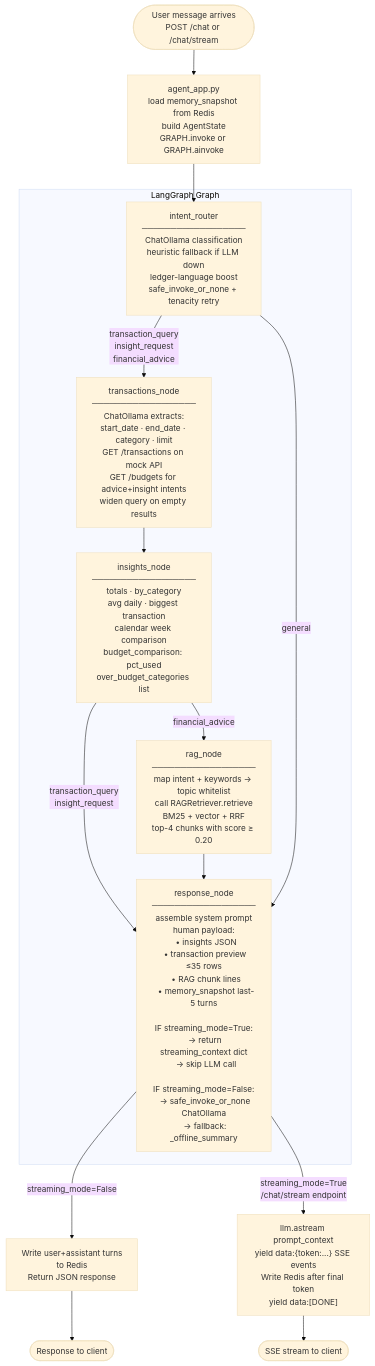
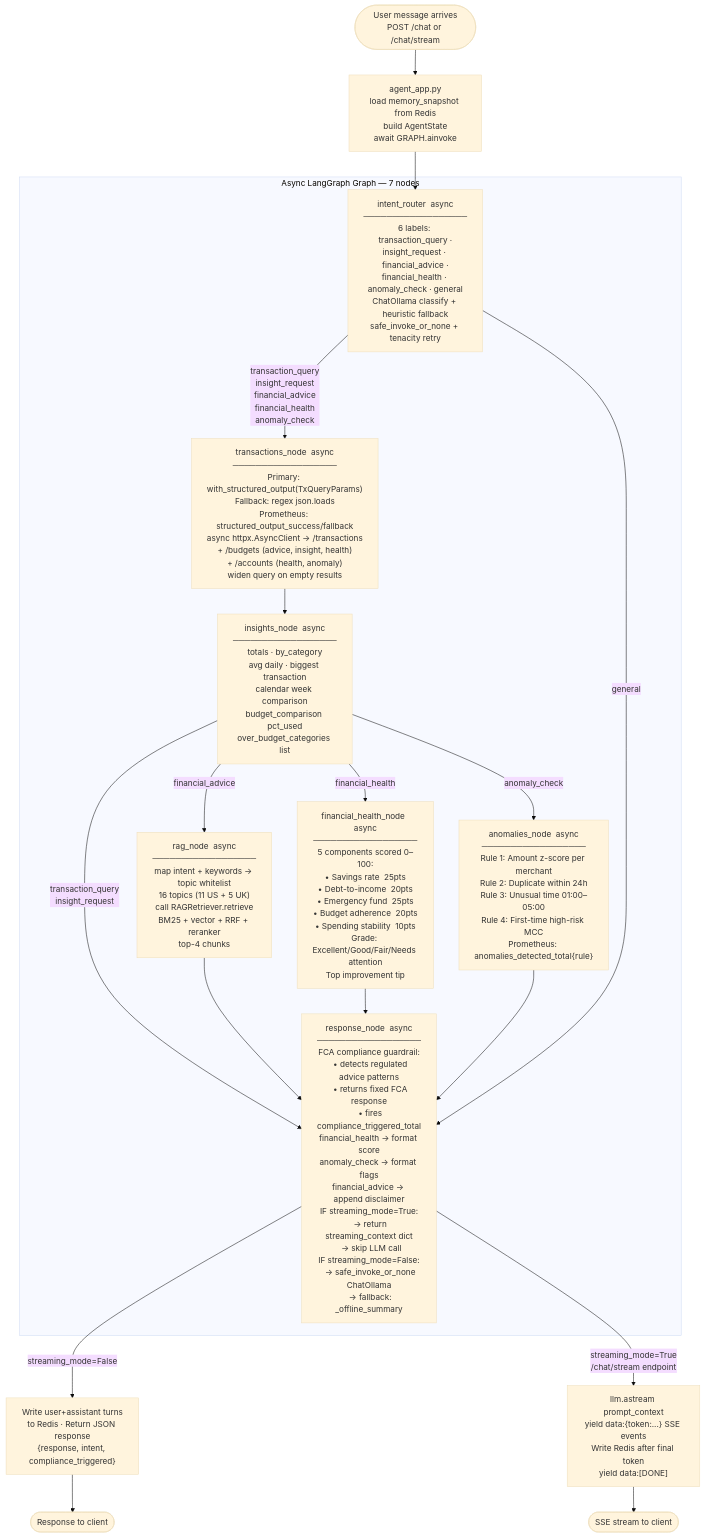
The second of 10 diagrams in finance-assistant/PROJECT_OVERVIEW.md (HumzaAwan/finance-assistant), drawn with Mermaid (base theme) before and after one commit. The commit also changed other lines of this file and 32 other files, not shown here.

Commit message:
FCA Compliance

````diff
--- a/finance-assistant/PROJECT_OVERVIEW.md
+++ b/finance-assistant/PROJECT_OVERVIEW.md
@@ -52,38 +58,46 @@
 ```mermaid
 flowchart TD
     START([User message arrives\nPOST /chat or /chat/stream]) --> SNAP
 
-    SNAP["agent_app.py\nload memory_snapshot from Redis\nbuild AgentState\nGRAPH.invoke or GRAPH.ainvoke"]
+    SNAP["agent_app.py\nload memory_snapshot from Redis\nbuild AgentState\nawait GRAPH.ainvoke"]
 
     SNAP --> IR
 
-    subgraph Graph["LangGraph Graph"]
-        IR["intent_router\n──────────────────\nChatOllama classification\nheuristic fallback if LLM down\nledger-language boost\nsafe_invoke_or_none + tenacity retry"]
+    subgraph Graph["Async LangGraph Graph — 7 nodes"]
+        IR["intent_router  async\n──────────────────\n6 labels: transaction_query ·\ninsight_request · financial_advice ·\nfinancial_health · anomaly_check · general\nChatOllama classify + heuristic fallback\nsafe_invoke_or_none + tenacity retry"]
 
-        IR -->|"transaction_query\ninsight_request\nfinancial_advice"| TN
+        IR -->|"transaction_query\ninsight_request\nfinancial_advice\nfinancial_health\nanomaly_check"| TN
 
-        TN["transactions_node\n──────────────────\nChatOllama extracts:\nstart_date · end_date · category · limit\nGET /transactions on mock API\nGET /budgets for advice+insight intents\nwiden query on empty results"]
+        TN["transactions_node  async\n──────────────────\nPrimary: with_structured_output(TxQueryParams)\nFallback: regex json.loads\nPrometheus: structured_output_success/fallback\nasync httpx.AsyncClient → /transactions\n+ /budgets (advice, insight, health)\n+ /accounts (health, anomaly)\nwiden query on empty results"]
 
         TN --> IN
 
-        IN["insights_node\n──────────────────\ntotals · by_category\navg daily · biggest transaction\ncalendar week comparison\nbudget_comparison: pct_used\nover_budget_categories list"]
+        IN["insights_node  async\n──────────────────\ntotals · by_category\navg daily · biggest transaction\ncalendar week comparison\nbudget_comparison pct_used\nover_budget_categories list"]
 
         IN -->|"financial_advice"| RN
+        IN -->|"financial_health"| FH
+        IN -->|"anomaly_check"| AN
         IN -->|"transaction_query\ninsight_request"| RES
 
-        RN["rag_node\n──────────────────\nmap intent + keywords → topic whitelist\ncall RAGRetriever.retrieve\nBM25 + vector + RRF\ntop-4 chunks with score ≥ 0.20"]
+        RN["rag_node  async\n──────────────────\nmap intent + keywords → topic whitelist\n16 topics (11 US + 5 UK)\ncall RAGRetriever.retrieve\nBM25 + vector + RRF + reranker\ntop-4 chunks"]
+
+        FH["financial_health_node  async\n──────────────────\n5 components scored 0–100:\n• Savings rate  25pts\n• Debt-to-income  20pts\n• Emergency fund  25pts\n• Budget adherence  20pts\n• Spending stability  10pts\nGrade: Excellent/Good/Fair/Needs attention\nTop improvement tip"]
+
+        AN["anomalies_node  async\n──────────────────\nRule 1: Amount z-score per merchant\nRule 2: Duplicate within 24h\nRule 3: Unusual time 01:00–05:00\nRule 4: First-time high-risk MCC\nPrometheus: anomalies_detected_total{rule}"]
 
         RN --> RES
+        FH --> RES
+        AN --> RES
 
         IR -->|"general"| RES
 
-        RES["response_node\n──────────────────\nassemble system prompt\nhuman payload:\n  • insights JSON\n  • transaction preview ≤35 rows\n  • RAG chunk lines\n  • memory_snapshot last-5 turns\n\nIF streaming_mode=True:\n  → return streaming_context dict\n  → skip LLM call\n\nIF streaming_mode=False:\n  → safe_invoke_or_none ChatOllama\n  → fallback: _offline_summary"]
+        RES["response_node  async\n──────────────────\nFCA compliance guardrail:\n  • detects regulated advice patterns\n  • returns fixed FCA response\n  • fires compliance_triggered_total\nfinancial_health → format score\nanomaly_check → format flags\nfinancial_advice → append disclaimer\nIF streaming_mode=True:\n  → return streaming_context dict\n  → skip LLM call\nIF streaming_mode=False:\n  → safe_invoke_or_none ChatOllama\n  → fallback: _offline_summary"]
     end
 
-    RES -->|"streaming_mode=False"| WRITE["Write user+assistant turns\nto Redis\nReturn JSON response"]
+    RES -->|"streaming_mode=False"| WRITE["Write user+assistant turns\nto Redis · Return JSON response\n{response, intent, compliance_triggered}"]
 
     RES -->|"streaming_mode=True\n/chat/stream endpoint"| STREAM["llm.astream prompt_context\nyield data:{token:...} SSE events\nWrite Redis after final token\nyield data:[DONE]"]
 
     WRITE --> END1([Response to client])
     STREAM --> END2([SSE stream to client])
 ```
````
